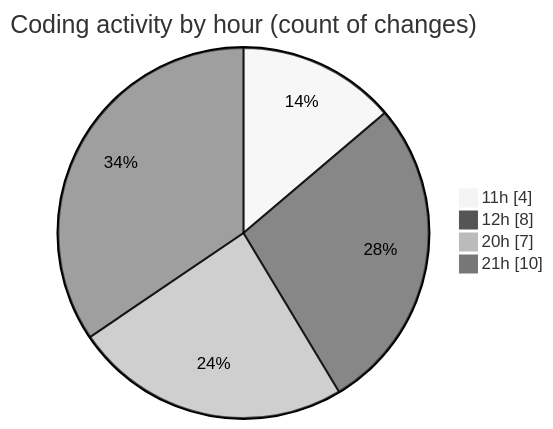
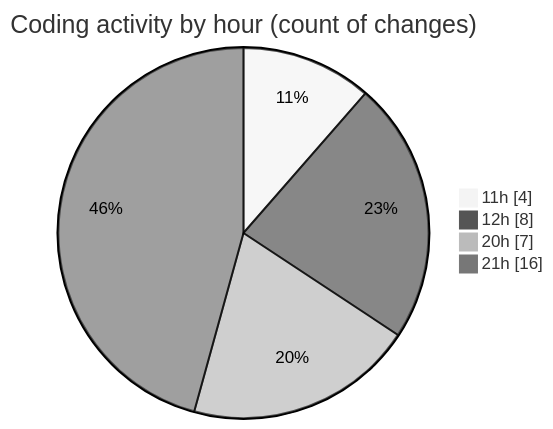
One commit to nxtqubesakshisongat/code-tracking changed the second of 2 diagrams in 2025-10-24/javacript/README.md. Above: the diagram before and after it, drawn with Mermaid (neutral theme). The commit also changed other lines of this file and 1 other file, not shown here.

````diff
--- a/2025-10-24/javacript/README.md
+++ b/2025-10-24/javacript/README.md
@@ -28,8 +28,8 @@
 ```mermaid
 pie showData
 title Coding activity by hour (count of changes)
 "11h" : 4
 "12h" : 8
 "20h" : 7
-"21h" : 10
+"21h" : 16
 ```
````
